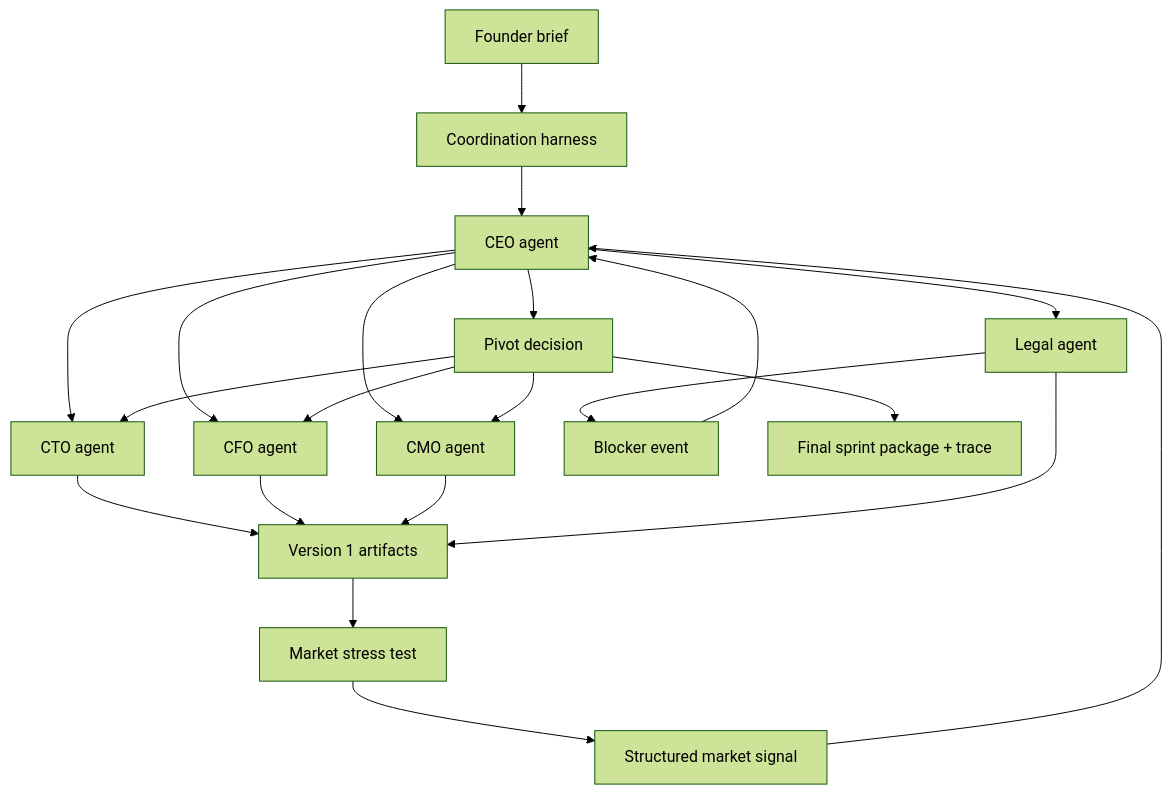
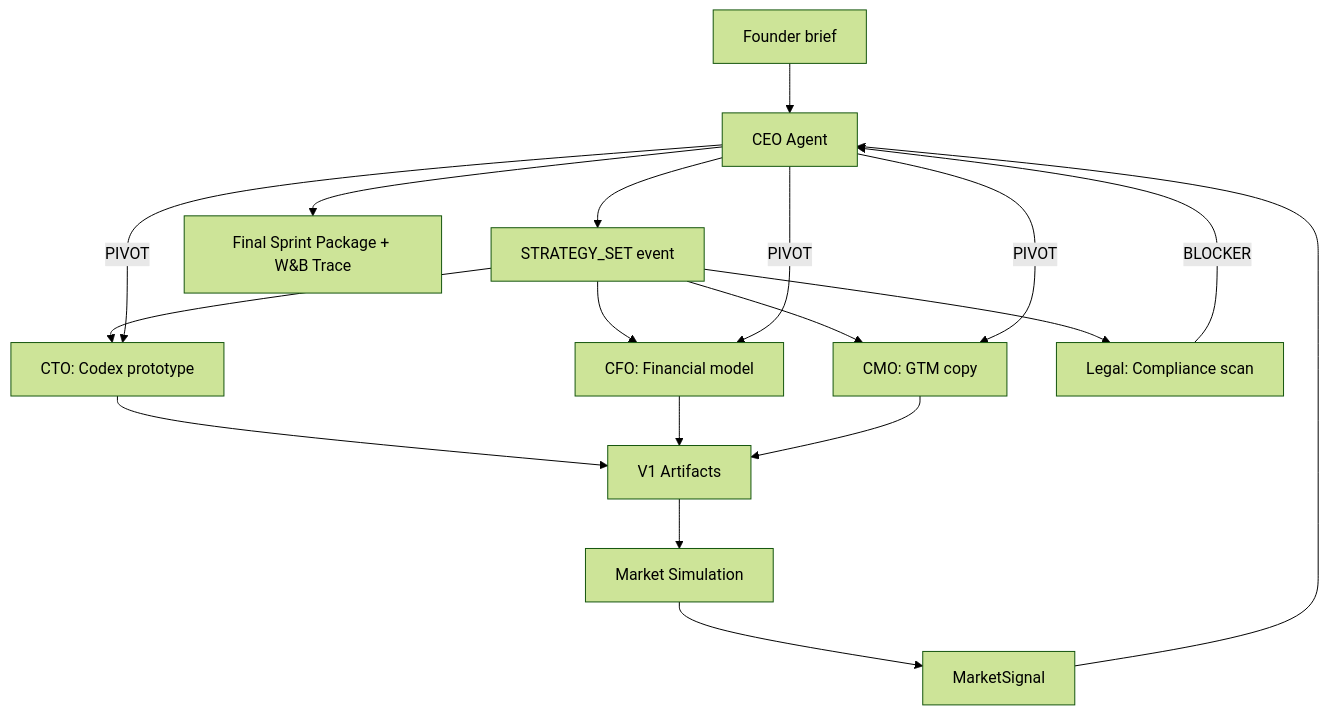
One commit to ayushozha/ghost-board changed the diagram in README.md. Above: the diagram before and after it, drawn with Mermaid (forest theme). The commit also changed other lines of this file and 20 other files, not shown here.

````diff
--- a/README.md
+++ b/README.md
@@ -27,23 +26,20 @@
 ```mermaid
 flowchart TD
-    A["Founder brief"] --> B["Coordination harness"]
-    B --> C["CEO agent"]
-    C --> D["CTO agent"]
-    C --> E["CFO agent"]
-    C --> F["CMO agent"]
-    C --> G["Legal agent"]
-    D --> H["Version 1 artifacts"]
+    A["Founder brief"] --> B["CEO Agent"]
+    B --> C["STRATEGY_SET event"]
+    C --> D["CTO: Codex prototype"]
+    C --> E["CFO: Financial model"]
+    C --> F["CMO: GTM copy"]
+    C --> G["Legal: Compliance scan"]
+    G -->|BLOCKER| B
+    B -->|PIVOT| D
+    B -->|PIVOT| E
+    B -->|PIVOT| F
+    D --> H["V1 Artifacts"]
     E --> H
     F --> H
-    G --> H
-    G --> I["Blocker event"]
-    I --> C
-    H --> J["Market stress test"]
-    J --> K["Structured market signal"]
-    K --> C
-    C --> L["Pivot decision"]
-    L --> D
-    L --> E
-    L --> F
-    L --> M["Final sprint package + trace"]
+    H --> I["Market Simulation"]
+    I --> J["MarketSignal"]
+    J --> B
+    B --> K["Final Sprint Package + W&B Trace"]
 ```
````
